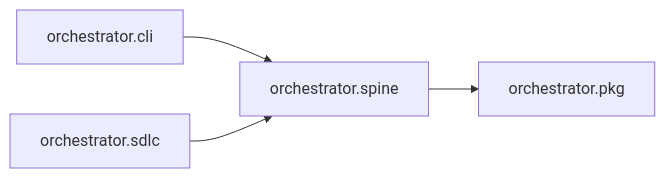
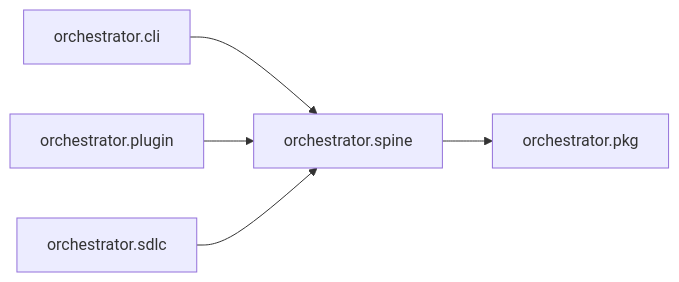
The diagram in episteme/areas/orchestrator.spine.md (synaptixs/spine), drawn with Mermaid before and after one commit. The commit also changed other lines of this file and 26 other files, not shown here.

````diff
--- a/episteme/areas/orchestrator.spine.md
+++ b/episteme/areas/orchestrator.spine.md
@@ -8,10 +8,12 @@
 ```mermaid
 flowchart LR
   n0["orchestrator.spine"]
   n1["orchestrator.cli"]
-  n2["orchestrator.sdlc"]
-  n3["orchestrator.pkg"]
+  n2["orchestrator.plugin"]
+  n3["orchestrator.sdlc"]
+  n4["orchestrator.pkg"]
   n1 --> n0
   n2 --> n0
-  n0 --> n3
+  n3 --> n0
+  n0 --> n4
 ```
````
